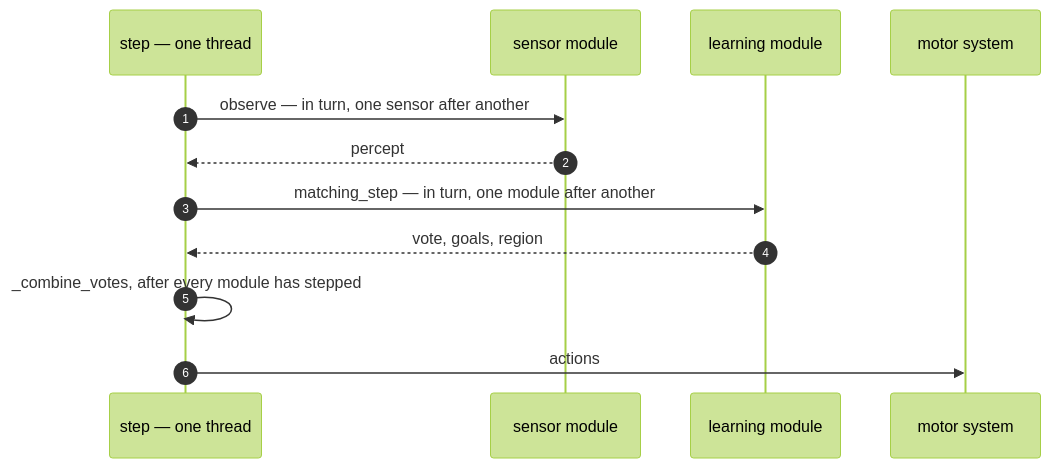
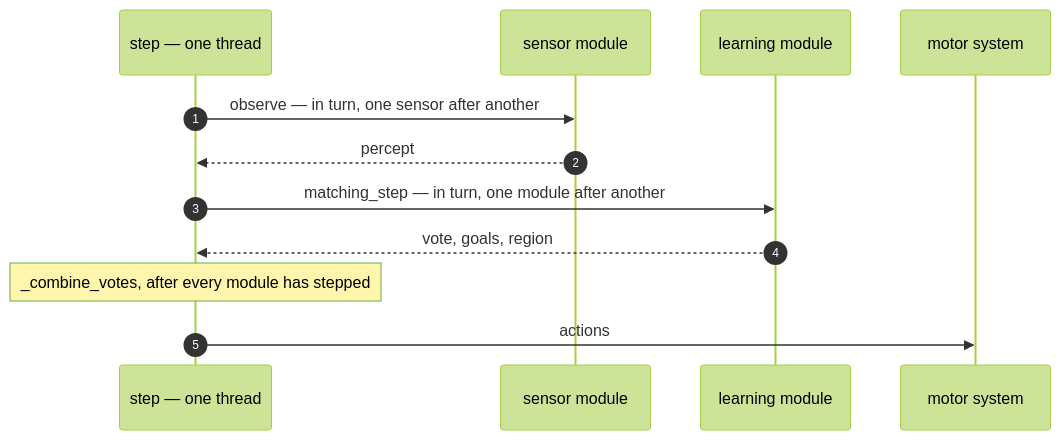
Before and after one commit to d-led/ex.tbp.monty: the first of 5 diagrams in docs/speed.md, drawn with Mermaid (forest theme). The commit also changed other lines of this file, not shown here.

````diff
--- a/docs/speed.md
+++ b/docs/speed.md
@@ -123,15 +123,15 @@
 ```mermaid
 sequenceDiagram
     autonumber
     participant C as step — one thread
     participant S as sensor module
     participant L as learning module
     participant M as motor system
 
     C->>S: observe — in turn, one sensor after another
     S-->>C: percept
     C->>L: matching_step — in turn, one module after another
     L-->>C: vote, goals, region
-    C->>C: _combine_votes, after every module has stepped
+    Note over C: _combine_votes, after every module has stepped
     C->>M: actions
 ```
````
